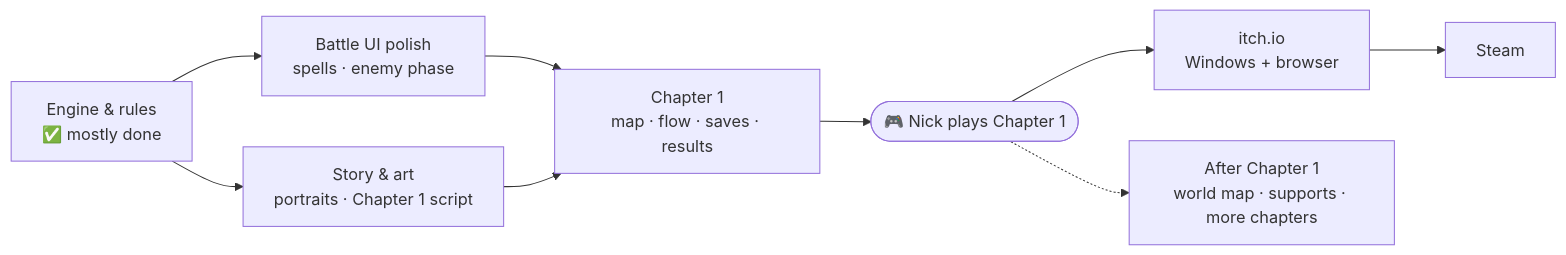
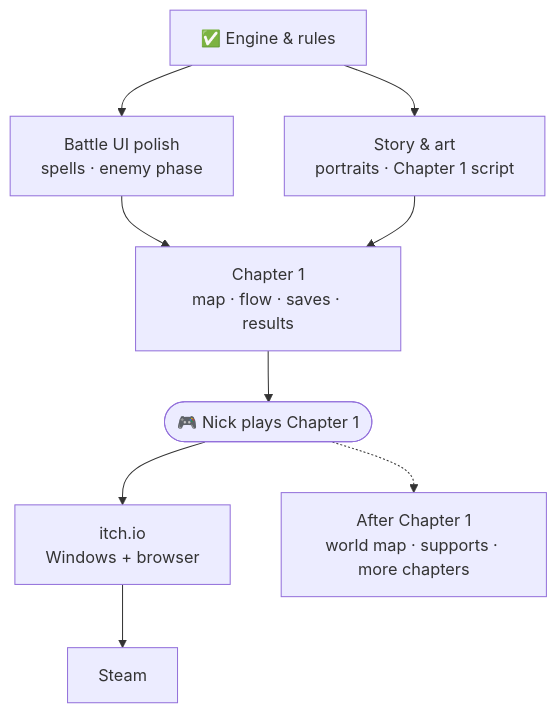
The first of 2 diagrams in README.md (Zafnok/tactical-rpg), drawn with Mermaid before and after one commit. The commit also changed other lines of this file and 1 other file, not shown here.

Commit message:
[0112] Make the README's diagrams readable

````diff
--- a/README.md
+++ b/README.md
@@ -103,11 +103,11 @@
 ```mermaid
-flowchart LR
-    A["Engine & rules<br/>✅ mostly done"] --> B["Battle UI polish<br/>spells · enemy phase"]
+flowchart TD
+    A["✅ Engine & rules"] --> B["Battle UI polish<br/>spells · enemy phase"]
     A --> C["Story & art<br/>portraits · Chapter 1 script"]
     B --> D["Chapter 1<br/>map · flow · saves · results"]
     C --> D
     D --> E(["🎮 Nick plays Chapter 1"])
     E --> F["itch.io<br/>Windows + browser"]
+    E -.-> H["After Chapter 1<br/>world map · supports · more chapters"]
     F --> G["Steam"]
-    E -.-> H["After Chapter 1<br/>world map · supports · more chapters"]
 ```
````
